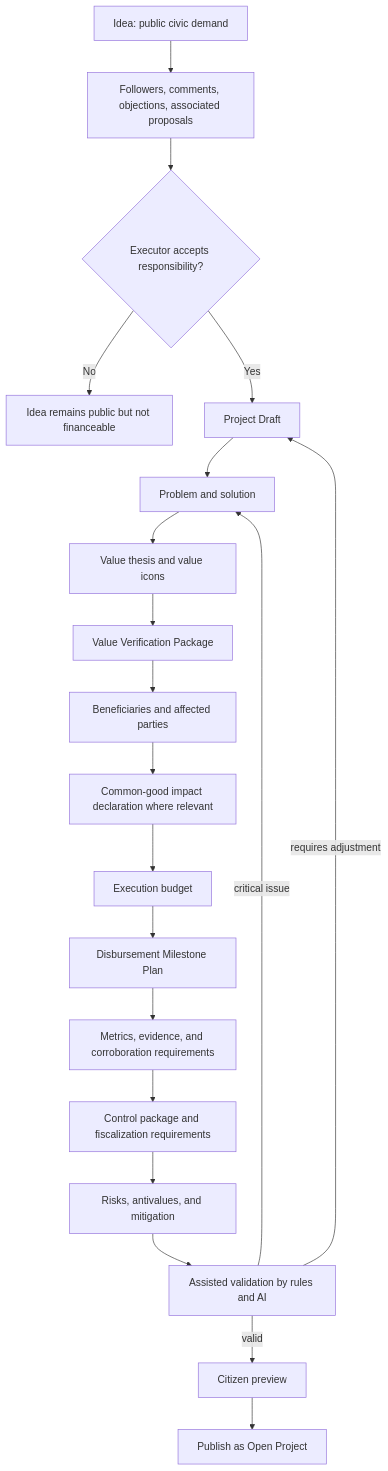
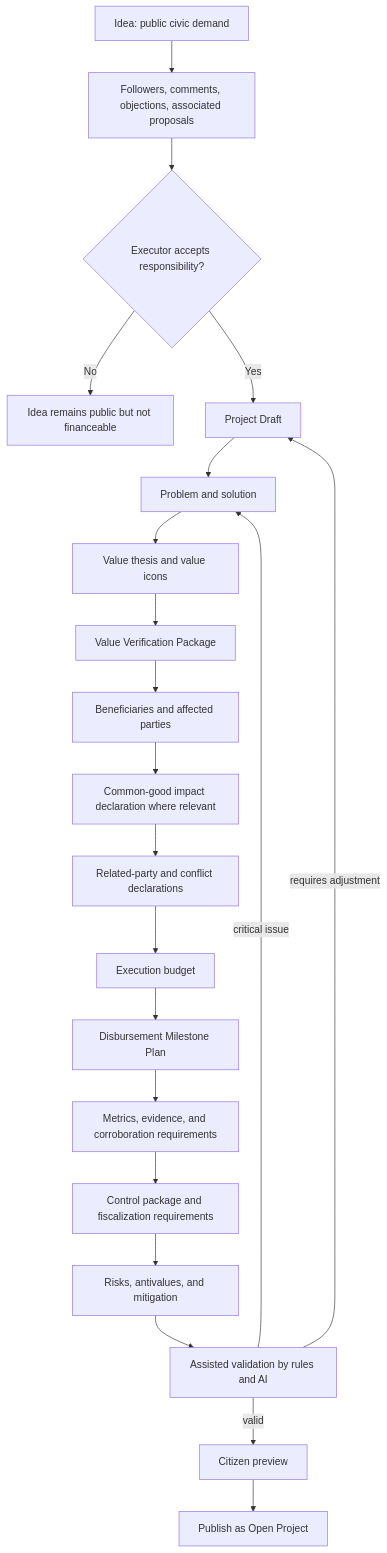
Before and after one commit to moffermann/distributed-governance-research: the diagram in docs/diagrams/v0-project-creation-publication.md, drawn with Mermaid. The commit also changed other lines of this file and 16 other files, not shown here.

````diff
--- a/docs/diagrams/v0-project-creation-publication.md
+++ b/docs/diagrams/v0-project-creation-publication.md
@@ -9,25 +9,26 @@
 ```mermaid
 flowchart TD
     A[Idea: public civic demand]
     A --> A1[Followers, comments, objections, associated proposals]
     A1 --> E{Executor accepts responsibility?}
     E -->|No| A2[Idea remains public but not financeable]
     E -->|Yes| P[Project Draft]
 
     P --> B[Problem and solution]
     B --> C[Value thesis and value icons]
     C --> VVP[Value Verification Package]
     VVP --> D[Beneficiaries and affected parties]
     D --> CG[Common-good impact declaration where relevant]
-    CG --> F[Execution budget]
+    CG --> RPC[Related-party and conflict declarations]
+    RPC --> F[Execution budget]
     F --> MP[Disbursement Milestone Plan]
     MP --> EV[Metrics, evidence, and corroboration requirements]
     EV --> CTRL[Control package and fiscalization requirements]
     CTRL --> RA[Risks, antivalues, and mitigation]
     RA --> AS[Assisted validation by rules and AI]
 
     AS -->|critical issue| B
     AS -->|requires adjustment| P
     AS -->|valid| CP[Citizen preview]
     CP --> OP[Publish as Open Project]
 ```
````
